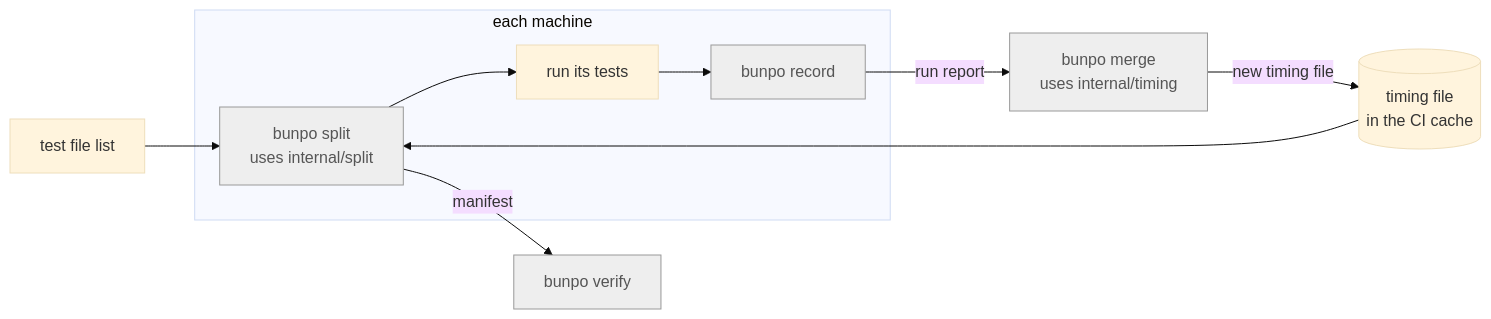
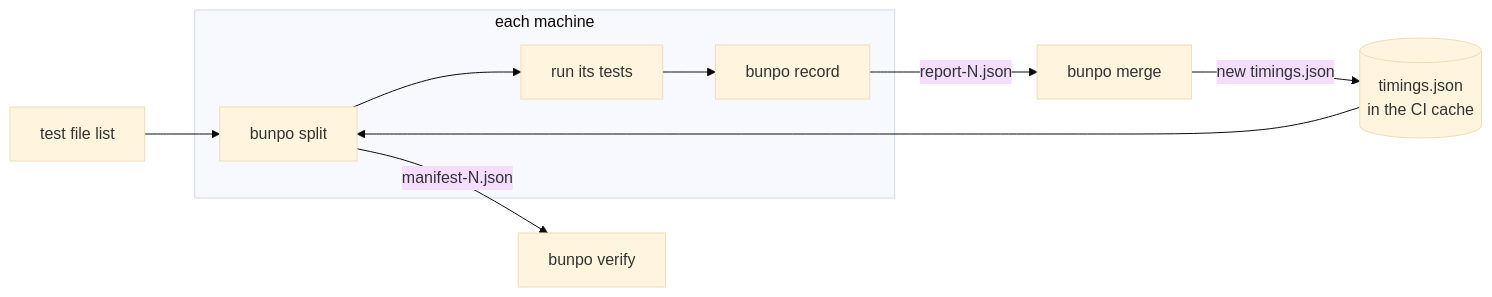
The first of 2 diagrams in docs/book.md (actions-marketplace-validations/nuggocto_bunpo), drawn with Mermaid (base theme) before and after one commit. The commit also changed other lines of this file and 4 other files, not shown here.

````diff
--- a/docs/book.md
+++ b/docs/book.md
@@ -23,14 +14,11 @@
 ```mermaid
 flowchart LR
     subgraph machine[each machine]
-        split["bunpo split<br/>uses internal/split"] --> run[run its tests] --> record["bunpo record"]
+        split["bunpo split"] --> run[run its tests] --> record["bunpo record"]
     end
     list[test file list] --> split
-    cache[(timing file<br/>in the CI cache)] --> split
-    record -- run report --> merge["bunpo merge<br/>uses internal/timing"]
-    split -- manifest --> verify["bunpo verify"]
-    merge -- new timing file --> cache
-
-    classDef todo fill:#eee,stroke:#999,color:#555
-    class split,record,merge,verify todo
+    cache[(timings.json<br/>in the CI cache)] --> split
+    record -- report-N.json --> merge["bunpo merge"]
+    split -- manifest-N.json --> verify["bunpo verify"]
+    merge -- new timings.json --> cache
 ```
````
